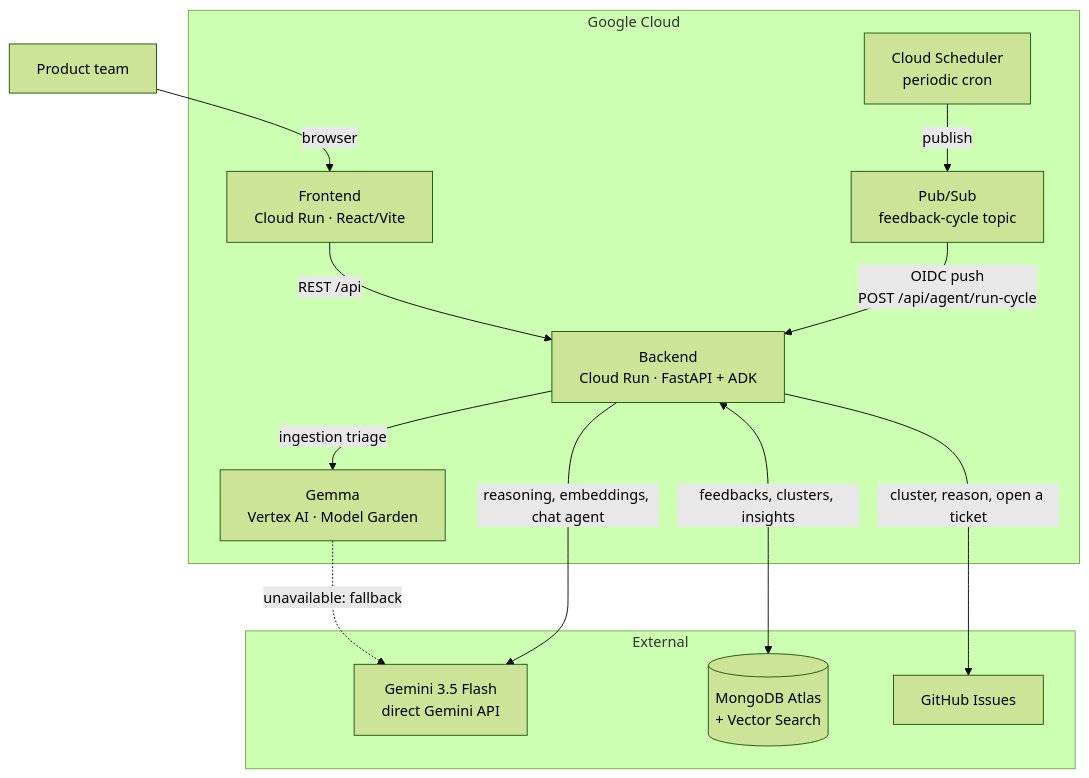
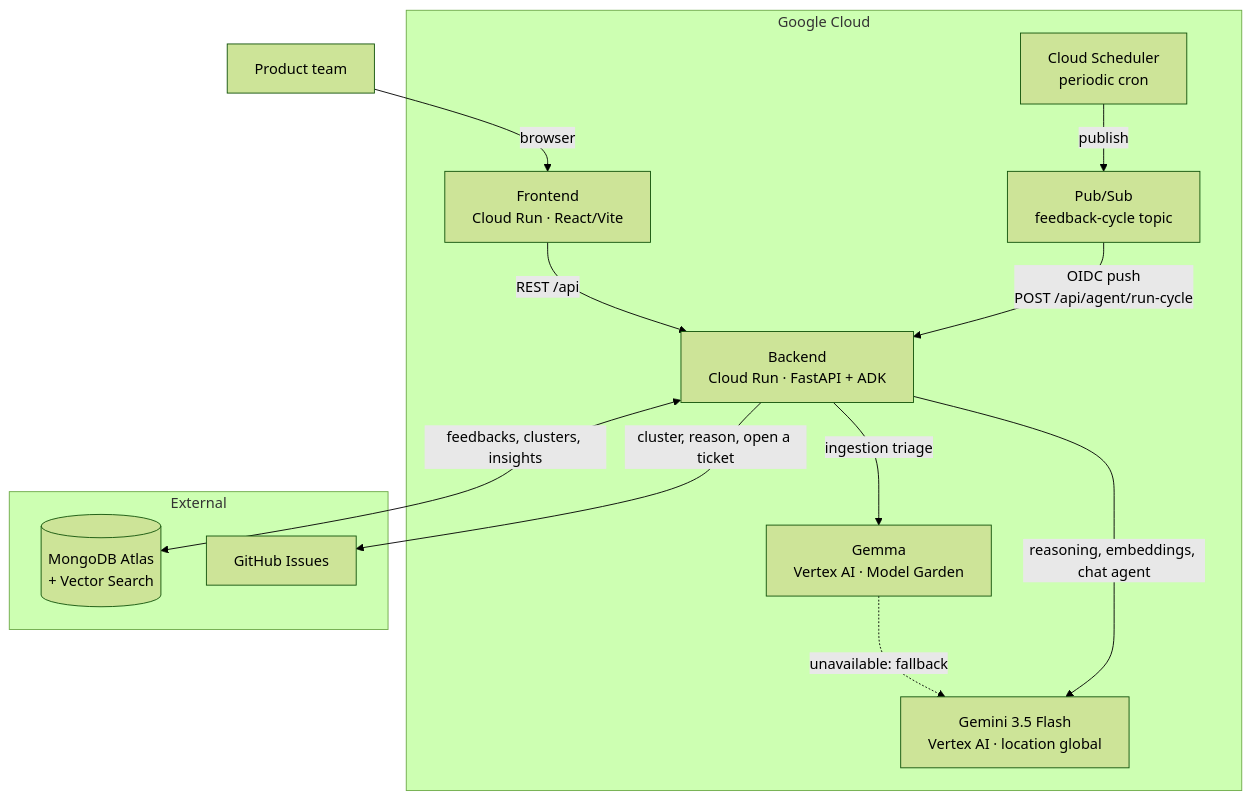
The diagram in README.md (ayshagassama1/feedbackai-agent), drawn with Mermaid (forest theme) before and after one commit. The commit also changed other lines of this file and 2 other files, not shown here.

````diff
--- a/README.md
+++ b/README.md
@@ -43,28 +75,28 @@
 ```mermaid
 graph TD
     User[Product team] -->|browser| Frontend
 
     subgraph GCP["Google Cloud"]
         Frontend["Frontend<br/>Cloud Run · React/Vite"]
         Backend["Backend<br/>Cloud Run · FastAPI + ADK"]
         Scheduler["Cloud Scheduler<br/>periodic cron"]
         PubSub["Pub/Sub<br/>feedback-cycle topic"]
         Gemma["Gemma<br/>Vertex AI · Model Garden"]
+        Gemini["Gemini 3.5 Flash<br/>Vertex AI · location global"]
     end
 
     subgraph External["External"]
-        Gemini["Gemini 3.5 Flash<br/>direct Gemini API"]
         Mongo[("MongoDB Atlas<br/>+ Vector Search")]
         GitHub["GitHub Issues"]
     end
 
     Frontend -->|REST /api| Backend
     Backend -->|ingestion triage| Gemma
     Gemma -.->|unavailable: fallback| Gemini
     Backend -->|reasoning, embeddings, chat agent| Gemini
     Backend <-->|feedbacks, clusters, insights| Mongo
 
     Scheduler -->|publish| PubSub
     PubSub -->|OIDC push<br/>POST /api/agent/run-cycle| Backend
     Backend -->|cluster, reason, open a ticket| GitHub
 ```
````
